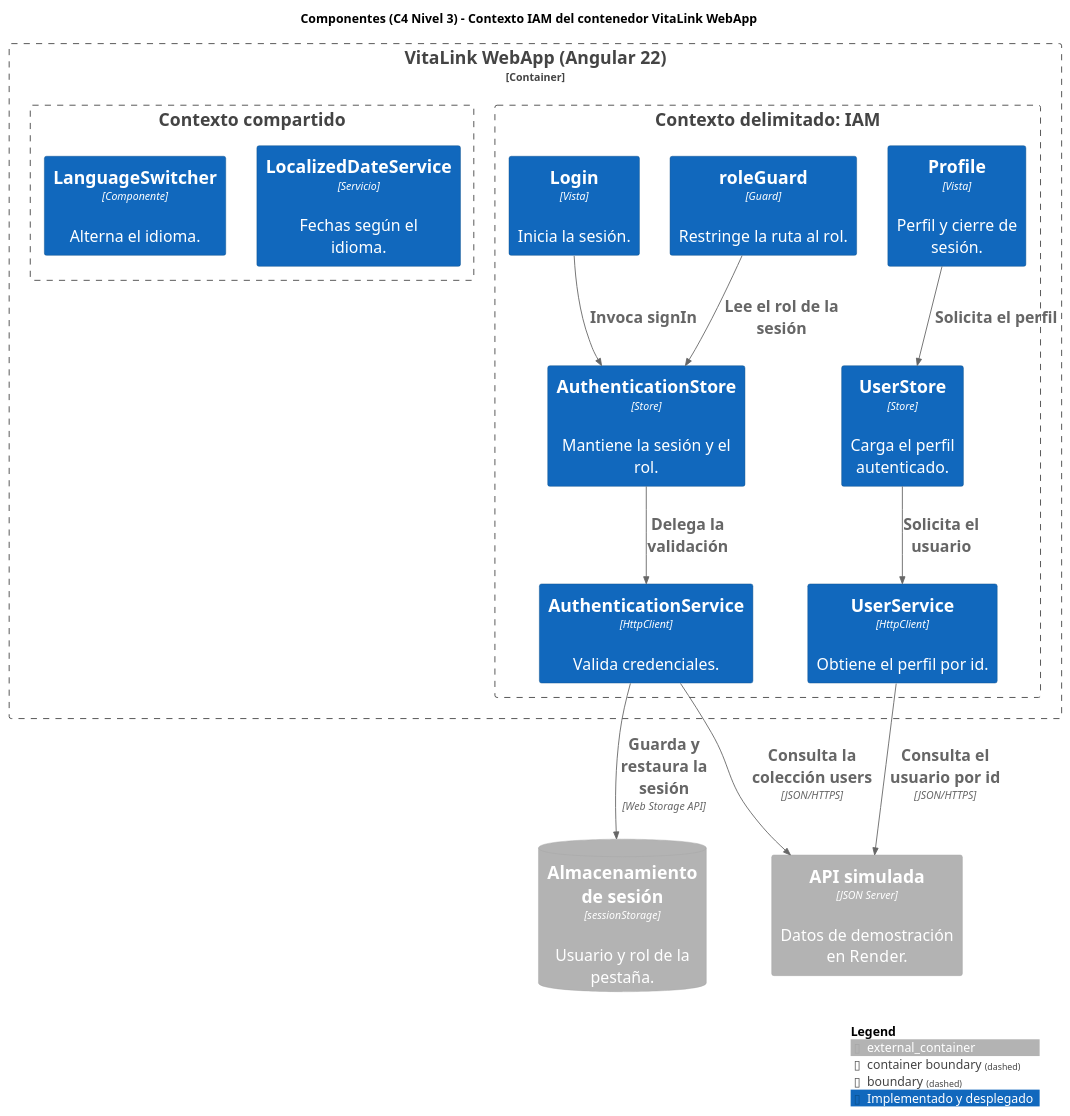
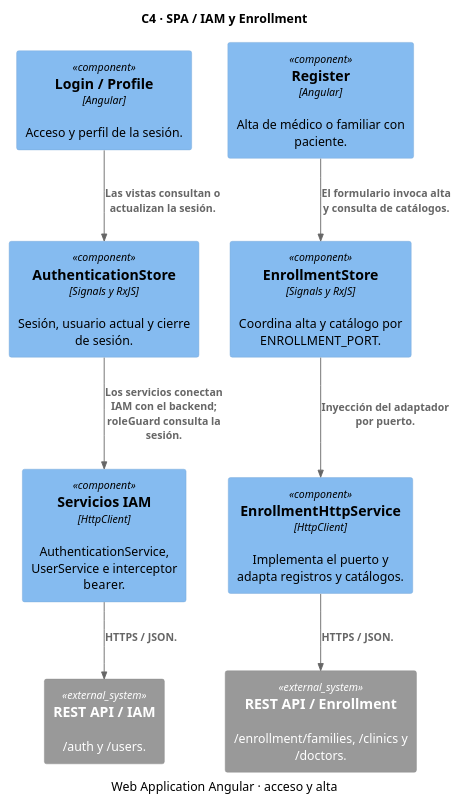
The diagram in assets/diagrams/c4-03-components-iam.puml (CodeBrokers-VitaLink/upc-pre-202620-1asi0729-7737-CodeBrokers-Report), drawn with PlantUML before and after one commit. The commit also changed 21 other files, not shown here.

Commit message:
docs(architecture): update C4 diagrams

```diff
--- a/assets/diagrams/c4-03-components-iam.puml
+++ b/assets/diagrams/c4-03-components-iam.puml
@@ -1,45 +1,20 @@
 @startuml
-' VitaLink - C4 Nivel 3: Componentes del contenedor VitaLink WebApp - contexto IAM
-' Referencia en el informe: 4.6.4 Software Architecture Component Diagrams
-' Estado reflejado: componentes realmente implementados en el front-end Angular.
-
 !include <C4/C4_Component>
-skinparam defaultFontSize 18
-
-AddElementTag("implementado", $bgColor="#1168BD", $fontColor="#FFFFFF", $borderColor="#0B4F8A", $legendText="Implementado y desplegado")
-AddRelTag("planificado", $textColor="#7A7A7A", $lineColor="#7A7A7A", $lineStyle=Dashed)
-
-title Componentes (C4 Nivel 3) - Contexto IAM del contenedor VitaLink WebApp
-
-Container_Boundary(spa, "VitaLink WebApp (Angular 22)") {
-
-    Boundary(iam, "Contexto delimitado: IAM") {
-        Component(login, "Login", "Vista", "Inicia la sesión.", $tags="implementado")
-        Component(profile, "Profile", "Vista", "Perfil y cierre de sesión.", $tags="implementado")
-        Component(guard, "roleGuard", "Guard", "Restringe la ruta al rol.", $tags="implementado")
-        Component(authstore, "AuthenticationStore", "Store", "Mantiene la sesión y el rol.", $tags="implementado")
-        Component(userstore, "UserStore", "Store", "Carga el perfil autenticado.", $tags="implementado")
-        Component(authservice, "AuthenticationService", "HttpClient", "Valida credenciales.", $tags="implementado")
-        Component(userservice, "UserService", "HttpClient", "Obtiene el perfil por id.", $tags="implementado")
-    }
-
-    Boundary(shared, "Contexto compartido") {
-        Component(i18n, "LocalizedDateService", "Servicio", "Fechas según el idioma.", $tags="implementado")
-        Component(lang, "LanguageSwitcher", "Componente", "Alterna el idioma.", $tags="implementado")
-    }
-}
-
-Container_Ext(fakeapi, "API simulada", "JSON Server", "Datos de demostración en Render.")
-ContainerDb_Ext(session, "Almacenamiento de sesión", "sessionStorage", "Usuario y rol de la pestaña.")
-
-Rel(login, authstore, "Invoca signIn")
-Rel(profile, userstore, "Solicita el perfil")
-Rel(guard, authstore, "Lee el rol de la sesión")
-Rel(authstore, authservice, "Delega la validación")
-Rel(userstore, userservice, "Solicita el usuario")
-Rel(authservice, fakeapi, "Consulta la colección users", "JSON/HTTPS")
-Rel(authservice, session, "Guarda y restaura la sesión", "Web Storage API")
-Rel(userservice, fakeapi, "Consulta el usuario por id", "JSON/HTTPS")
-
-SHOW_LEGEND()
+title C4 · SPA / IAM y Enrollment
+caption Web Application Angular · acceso y alta
+skinparam shadowing false
+Component(views, "Login / Profile", "Angular", "Acceso y perfil de la sesión.")
+Component(register, "Register", "Angular", "Alta de médico o familiar con paciente.")
+Component(store, "AuthenticationStore", "Signals y RxJS", "Sesión, usuario actual y cierre de sesión.")
+Component(enrollment, "EnrollmentStore", "Signals y RxJS", "Coordina alta y catálogo por ENROLLMENT_PORT.")
+Component(http, "Servicios IAM", "HttpClient", "AuthenticationService, UserService e interceptor bearer.")
+Component(adapter, "EnrollmentHttpService", "HttpClient", "Implementa el puerto y adapta registros y catálogos.")
+System_Ext(api, "REST API / IAM", "/auth y /users.")
+System_Ext(catalog, "REST API / Enrollment", "/enrollment/families, /clinics y /doctors.")
+Rel(views, store, "Las vistas consultan o actualizan la sesión.")
+Rel(register, enrollment, "El formulario invoca alta y consulta de catálogos.")
+Rel(store, http, "Los servicios conectan IAM con el backend; roleGuard consulta la sesión.")
+Rel(enrollment, adapter, "Inyección del adaptador por puerto.")
+Rel(http, api, "HTTPS / JSON.")
+Rel(adapter, catalog, "HTTPS / JSON.")
 @enduml
```
